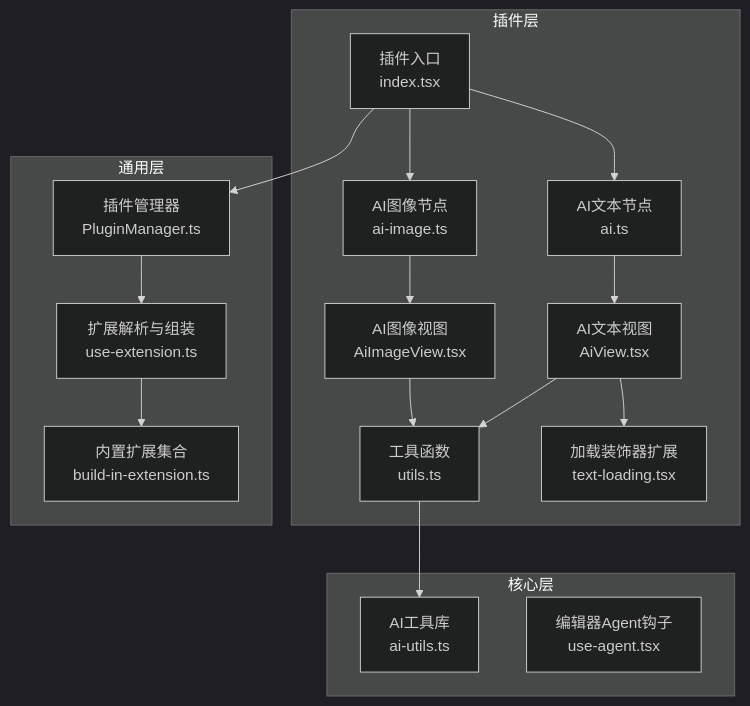
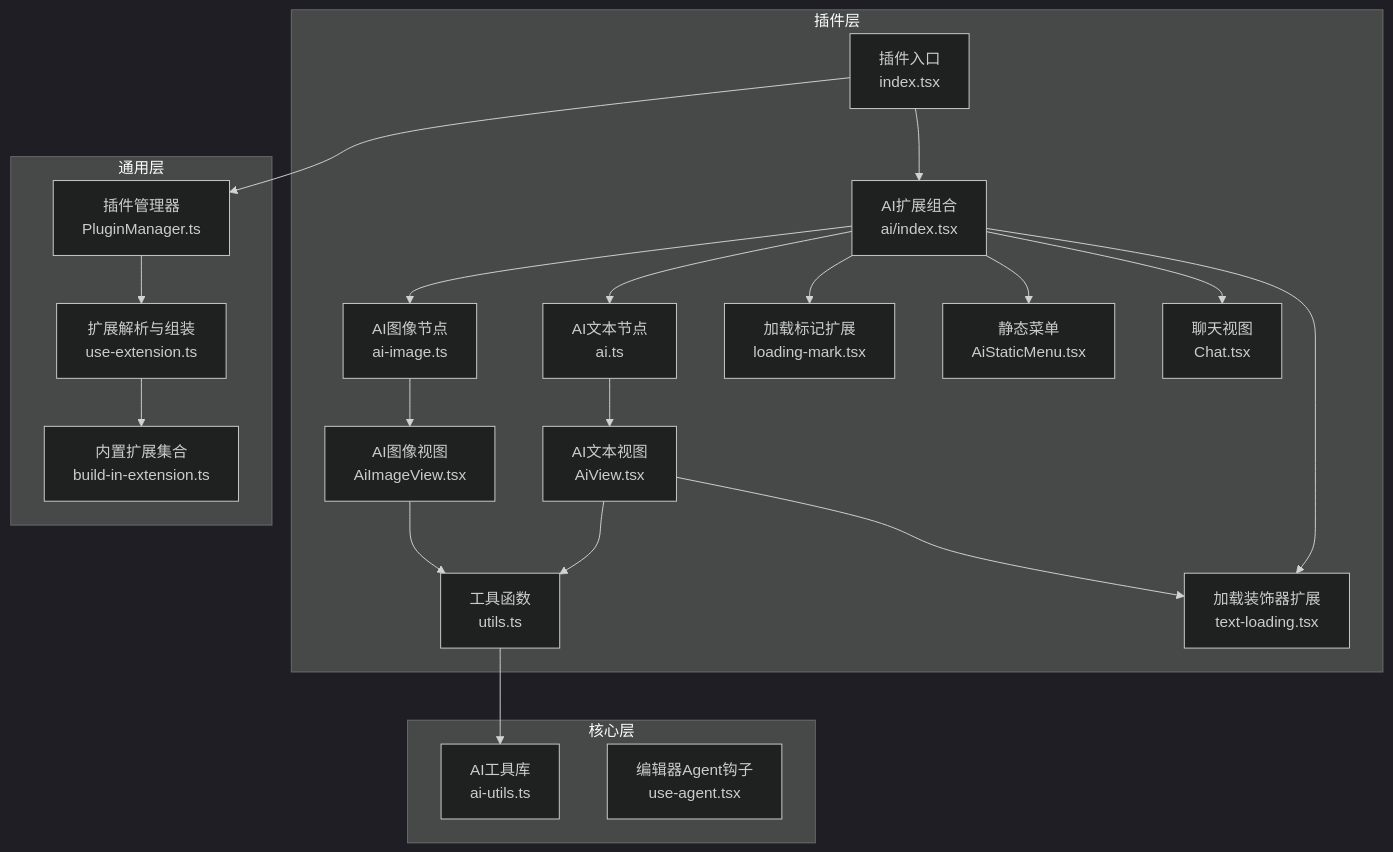
One commit to LRF0422/Kotion changed the first of 5 diagrams in .qoder/repowiki/zh/content/功能模块/AI插件/AI插件.md. Above: the diagram before and after it, drawn with Mermaid (dark theme). The commit also changed other lines of this file and 45 other files, not shown here.

````diff
--- a/.qoder/repowiki/zh/content/功能模块/AI插件/AI插件.md
+++ b/.qoder/repowiki/zh/content/功能模块/AI插件/AI插件.md
@@ -49,32 +55,41 @@
 ```mermaid
 graph TB
 subgraph "插件层"
 P["插件入口<br/>index.tsx"]
+AIEXT["AI扩展组合<br/>ai/index.tsx"]
 E1["AI文本节点<br/>ai.ts"]
 E2["AI图像节点<br/>ai-image.ts"]
 V1["AI文本视图<br/>AiView.tsx"]
 V2["AI图像视图<br/>AiImageView.tsx"]
 U["工具函数<br/>utils.ts"]
-L["加载装饰器扩展<br/>text-loading.tsx"]
+TL["加载装饰器扩展<br/>text-loading.tsx"]
+LM["加载标记扩展<br/>loading-mark.tsx"]
+SM["静态菜单<br/>AiStaticMenu.tsx"]
+CH["聊天视图<br/>Chat.tsx"]
 end
 subgraph "核心层"
 C1["AI工具库<br/>ai-utils.ts"]
 C2["编辑器Agent钩子<br/>use-agent.tsx"]
 end
 subgraph "通用层"
-M["插件管理器<br/>PluginManager.ts"]
+PM["插件管理器<br/>PluginManager.ts"]
 BE["内置扩展集合<br/>build-in-extension.ts"]
 UE["扩展解析与组装<br/>use-extension.ts"]
 end
-P --> E1
-P --> E2
+P --> AIEXT
+AIEXT --> E1
+AIEXT --> E2
+AIEXT --> TL
+AIEXT --> LM
+AIEXT --> SM
+AIEXT --> CH
 E1 --> V1
 E2 --> V2
 V1 --> U
 V2 --> U
 U --> C1
-V1 --> L
-P --> M
-M --> UE
+V1 --> TL
+P --> PM
+PM --> UE
 UE --> BE
 ```
````
